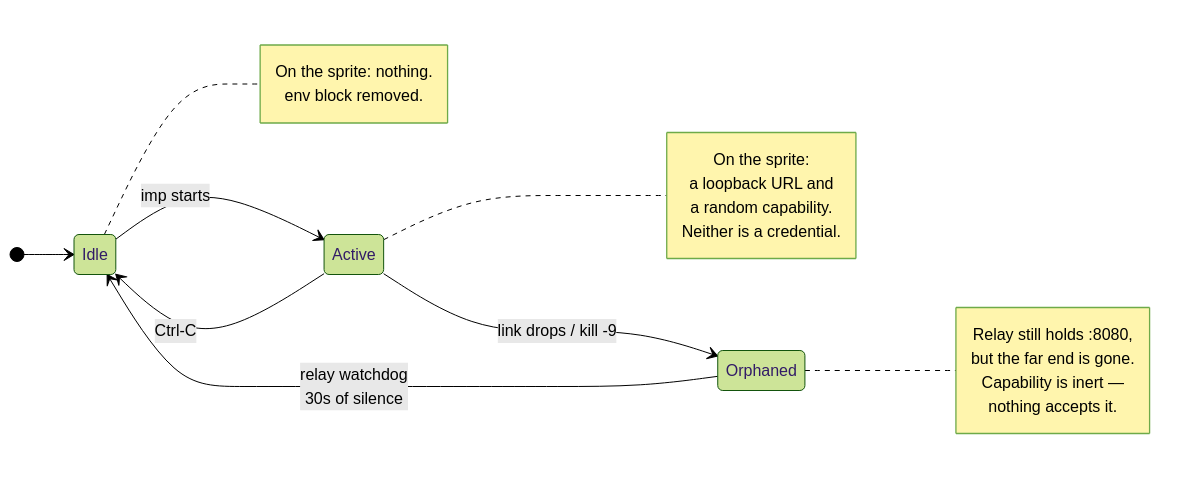
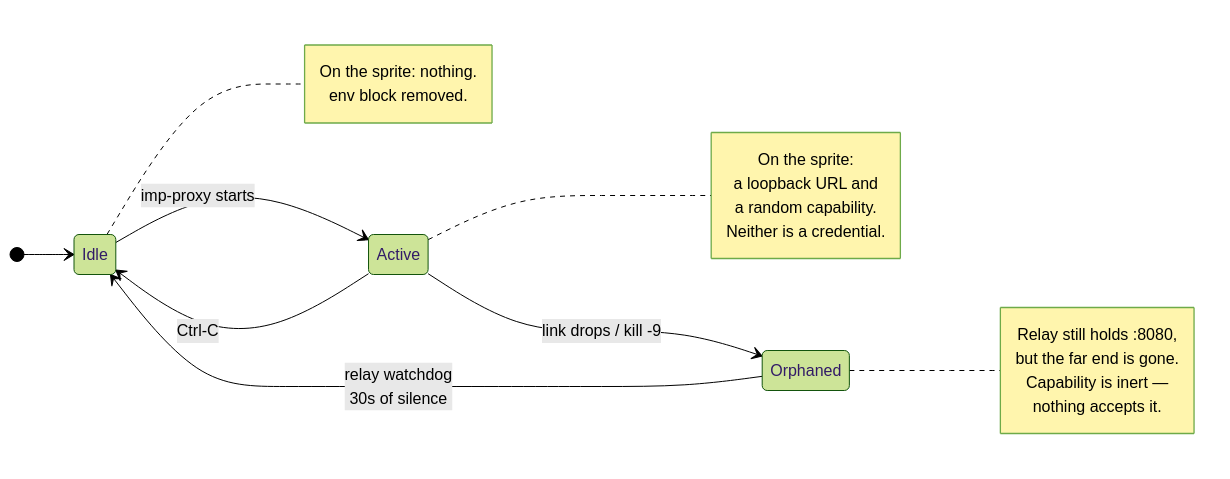
The third of 4 diagrams in README.md (metcalfc/imp), drawn with Mermaid (forest theme) before and after one commit. The commit also changed other lines of this file and 4 other files, not shown here.

First line of the commit message:
Split imp into imp and imp-proxy

````diff
--- a/README.md
+++ b/README.md
@@ -148,30 +166,30 @@
 ```mermaid
 stateDiagram-v2
     direction LR
     [*] --> Idle
 
-    Idle --> Active: imp starts
+    Idle --> Active: imp-proxy starts
 
     Active --> Idle: Ctrl-C
     Active --> Orphaned: link drops / kill -9
     Orphaned --> Idle: relay watchdog<br/>30s of silence
 
     note right of Idle
         On the sprite: nothing.
         env block removed.
     end note
 
     note right of Active
         On the sprite:
         a loopback URL and
         a random capability.
         Neither is a credential.
     end note
 
     note right of Orphaned
         Relay still holds :8080,
         but the far end is gone.
         Capability is inert —
         nothing accepts it.
     end note
 ```
````
